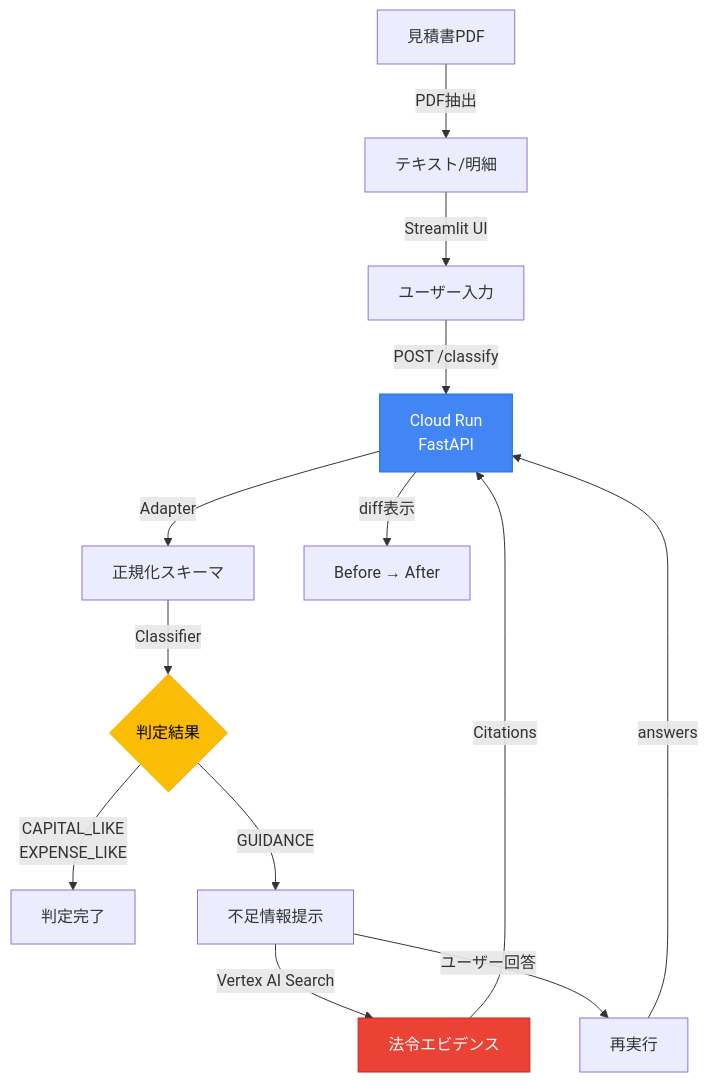
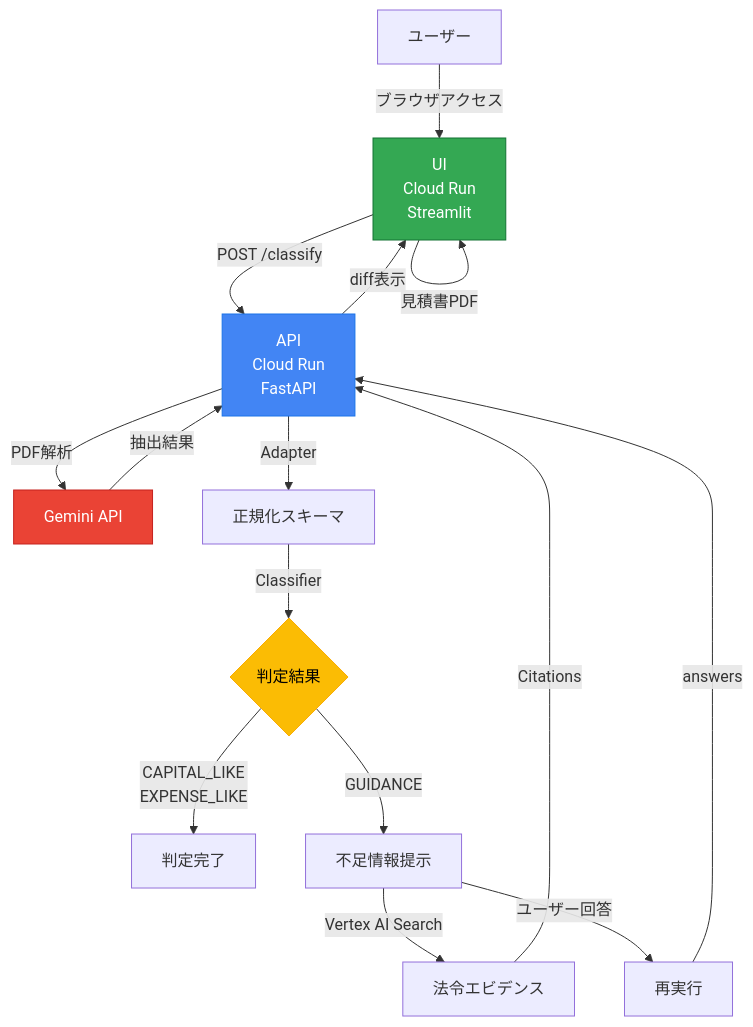
The diagram in docs/zenn_article_draft.md (Majiro-ns/fixed-asset-agentic), drawn with Mermaid before and after one commit. The commit also changed other lines of this file and 13 other files, not shown here.

````diff
--- a/docs/zenn_article_draft.md
+++ b/docs/zenn_article_draft.md
@@ -210,19 +210,22 @@
 ```mermaid
 graph TB
-    A[見積書PDF] -->|PDF抽出| B[テキスト/明細]
-    B -->|Streamlit UI| C[ユーザー入力]
-    C -->|POST /classify| D[Cloud Run<br/>FastAPI]
-    D -->|Adapter| E[正規化スキーマ]
+    User[ユーザー] -->|ブラウザアクセス| UI[UI<br/>Cloud Run<br/>Streamlit]
+    UI -->|見積書PDF| UI
+    UI -->|POST /classify| API[API<br/>Cloud Run<br/>FastAPI]
+    API -->|PDF解析| Gemini[Gemini API]
+    Gemini -->|抽出結果| API
+    API -->|Adapter| E[正規化スキーマ]
     E -->|Classifier| F{判定結果}
     F -->|CAPITAL_LIKE<br/>EXPENSE_LIKE| G[判定完了]
     F -->|GUIDANCE| H[不足情報提示]
     H -->|Vertex AI Search| I[法令エビデンス]
-    I -->|Citations| D
+    I -->|Citations| API
     H -->|ユーザー回答| J[再実行]
-    J -->|answers| D
-    D -->|diff表示| K[Before → After]
+    J -->|answers| API
+    API -->|diff表示| UI
 
-    style D fill:#4285f4,stroke:#1a73e8,color:#fff
-    style I fill:#ea4335,stroke:#c5221f,color:#fff
+    style UI fill:#34a853,stroke:#137333,color:#fff
+    style API fill:#4285f4,stroke:#1a73e8,color:#fff
+    style Gemini fill:#ea4335,stroke:#c5221f,color:#fff
     style F fill:#fbbc04,stroke:#f9ab00,color:#000
 ```
````
